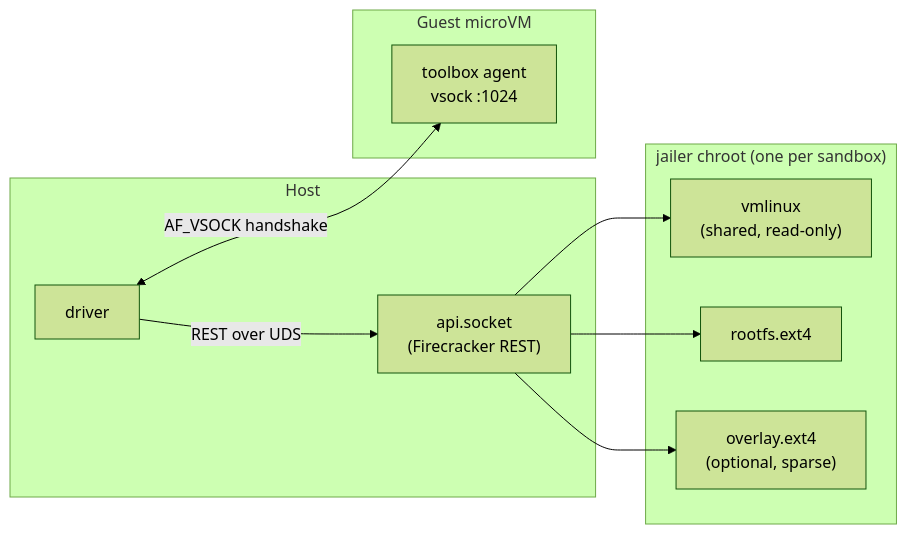
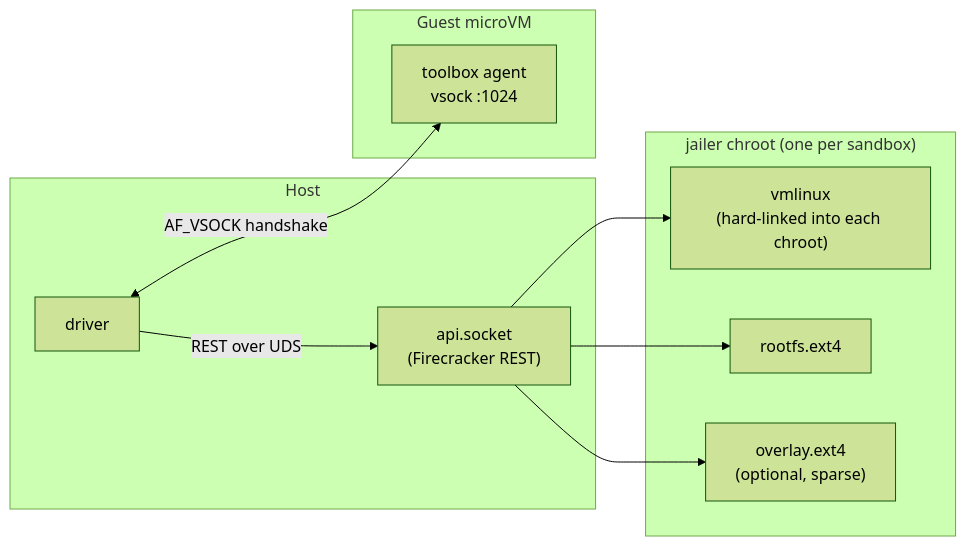
Before and after one commit to aerol-ai/microvm: the second of 3 diagrams in docs/src/content/docs/firecracker-architecture.mdx, drawn with Mermaid (forest theme). The commit also changed other lines of this file and 6 other files, not shown here.

````diff
--- a/docs/src/content/docs/firecracker-architecture.mdx
+++ b/docs/src/content/docs/firecracker-architecture.mdx
@@ -59,18 +75,18 @@
 ```mermaid
 graph LR
     subgraph host["Host"]
         DRV["driver"]
         API["api.socket<br/>(Firecracker REST)"]
     end
     subgraph chroot["jailer chroot (one per sandbox)"]
-        KERN["vmlinux<br/>(shared, read-only)"]
+        KERN["vmlinux<br/>(hard-linked into each chroot)"]
         RFS["rootfs.ext4"]
         OVL["overlay.ext4<br/>(optional, sparse)"]
     end
     subgraph guest["Guest microVM"]
         TBX["toolbox agent<br/>vsock :1024"]
     end
     DRV -->|REST over UDS| API
     API --> KERN & RFS & OVL
     DRV <-->|AF_VSOCK handshake| TBX
 ```
````
